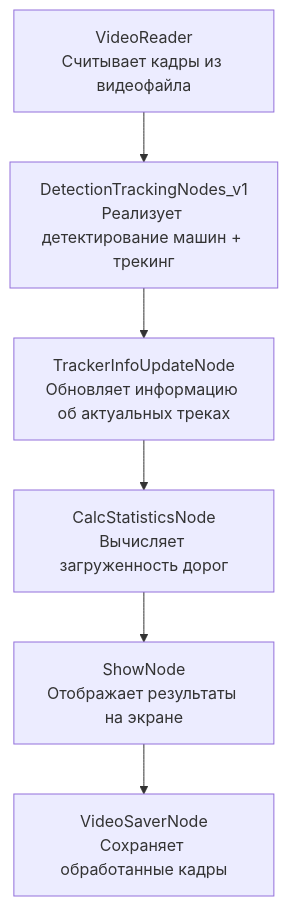
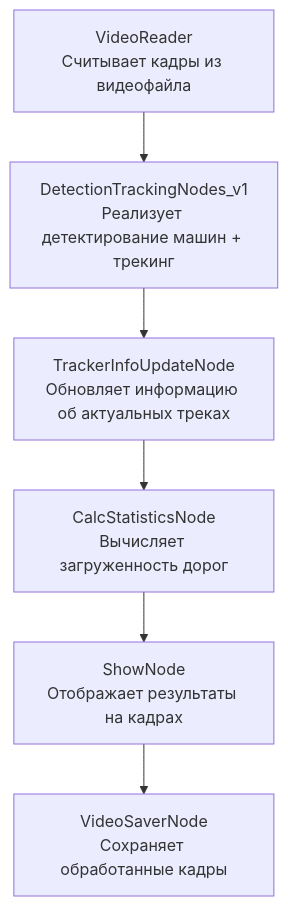
Before and after one commit to Aleksandr62aa/Computer_Vision: the diagram in README.md, drawn with Mermaid. The commit also changed other lines of this file, not shown here.

````diff
--- a/README.md
+++ b/README.md
@@ -51,10 +51,8 @@
 ```mermaid
 graph TD;
     A["VideoReader<br>Считывает кадры из видеофайла"] --> B["DetectionTrackingNodes_v1<br>Реализует детектирование машин + трекинг"];
     B --> C["TrackerInfoUpdateNode<br>Обновляет информацию об актуальных треках"];
     C --> D["CalcStatisticsNode<br>Вычисляет загруженность дорог"];     
-    D --> F["ShowNode<br>Отображает результаты на экране"];
-    F --> H["VideoSaverNode<br>Сохраняет обработанные кадры"];
-    
-   
+    D --> F["ShowNode<br>Отображает результаты на кадрах"];
+    F --> H["VideoSaverNode<br>Сохраняет обработанные кадры"]; 
 ```
````
